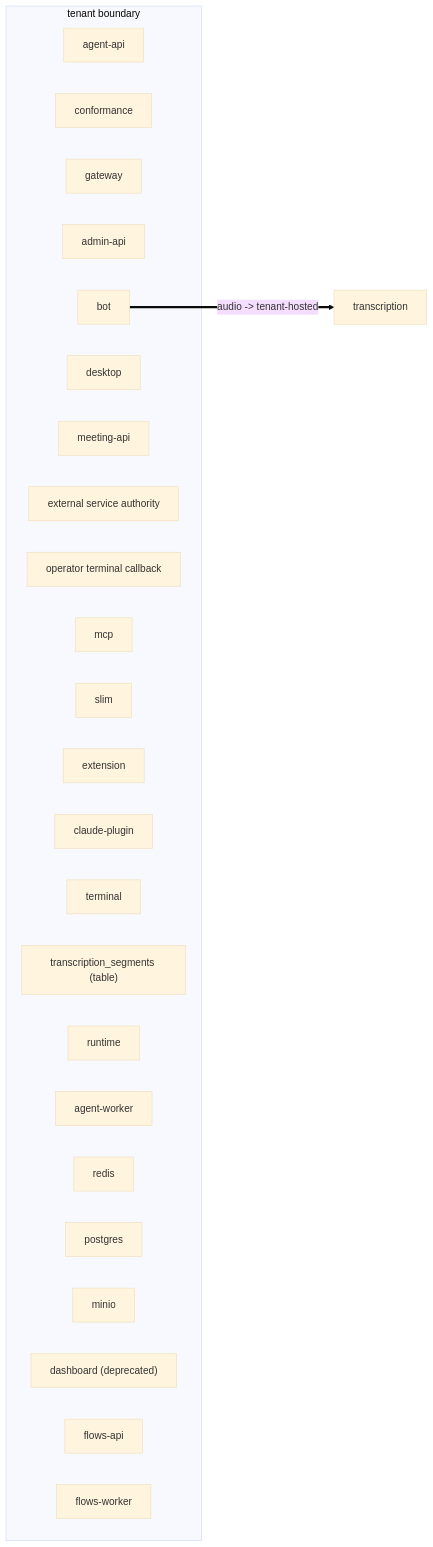
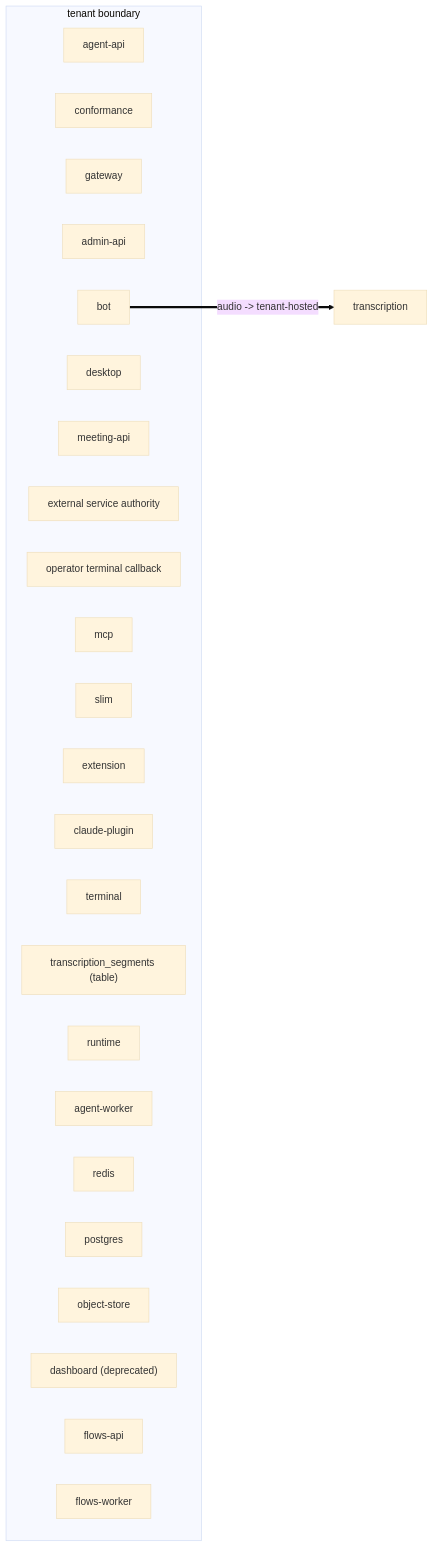
The diagram in docs/views/egress.mmd (Vexa-ai/vexa), drawn with Mermaid (base theme) before and after one commit. The commit also changed 80 other files, not shown here.

```diff
--- a/docs/views/egress.mmd
+++ b/docs/views/egress.mmd
@@ -1,29 +1,29 @@
 %% GENERATED — pnpm arch:dsl --write
 flowchart LR
   subgraph tenant["tenant boundary"]
     agent_api["agent-api"]
     conformance["conformance"]
     gateway["gateway"]
     admin_api["admin-api"]
     bot["bot"]
     desktop["desktop"]
     meeting_api["meeting-api"]
     service_authority["external service authority"]
     system_webhook["operator terminal callback"]
     mcp["mcp"]
     slim["slim"]
     extension["extension"]
     claude_plugin["claude-plugin"]
     terminal["terminal"]
     segments_table["transcription_segments (table)"]
     runtime["runtime"]
     agent_worker["agent-worker"]
     redis["redis"]
     postgres["postgres"]
-    minio["minio"]
+    object_store["object-store"]
     dashboard["dashboard (deprecated)"]
     flows_api["flows-api"]
     flows_worker["flows-worker"]
   end
   transcription["transcription"]
   bot ==>|"audio -> tenant-hosted"| transcription
```
